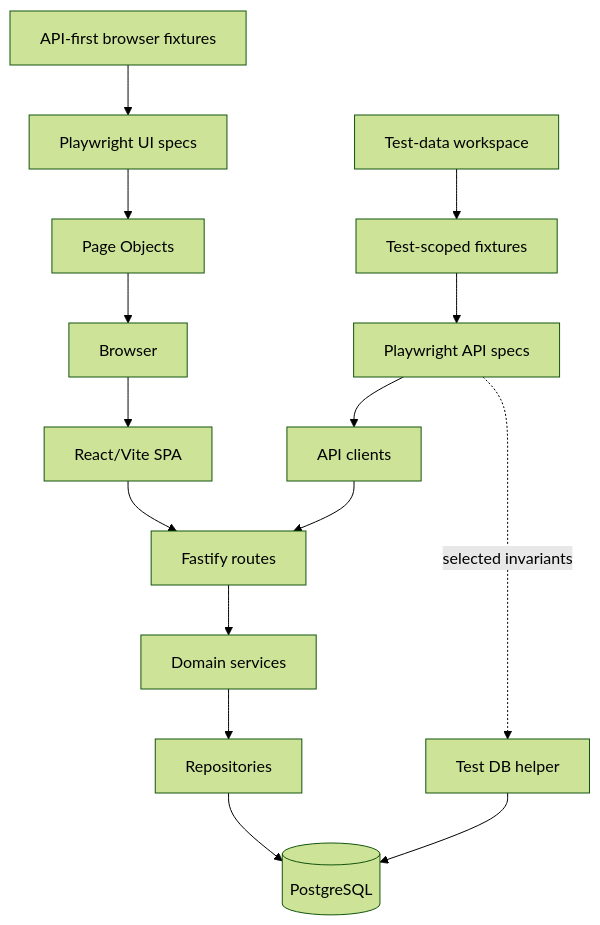
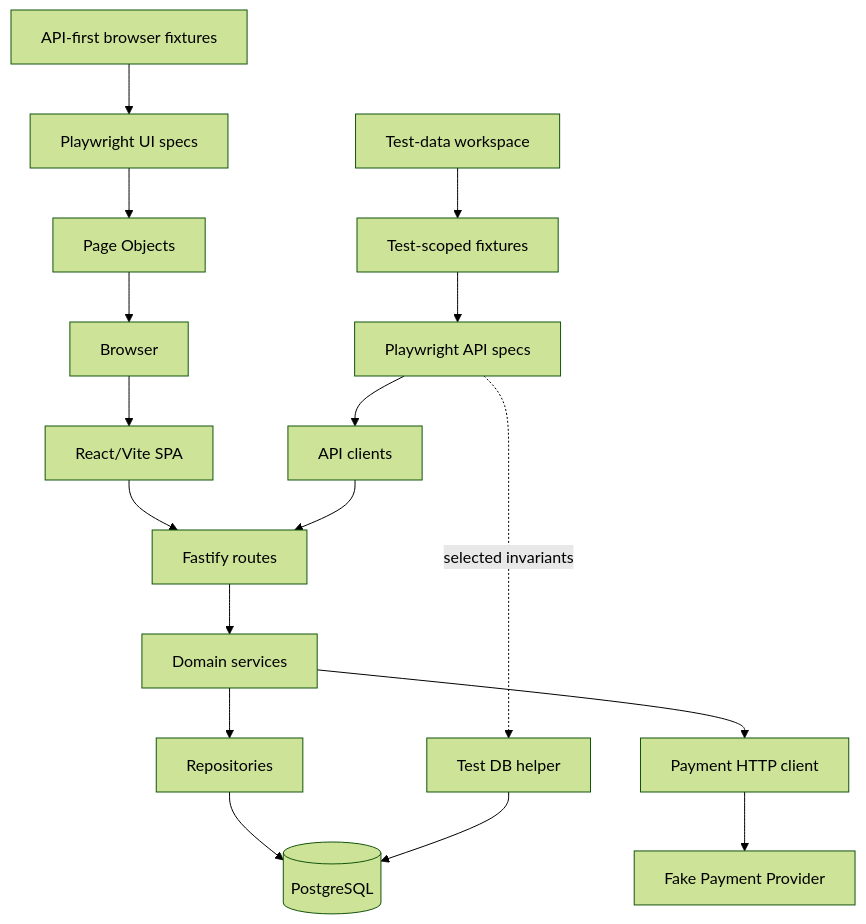
One commit to ldmrtnll-arch/releaseguard-sdet changed the first of 2 diagrams in docs/architecture.md. Above: the diagram before and after it, drawn with Mermaid (forest theme). The commit also changed other lines of this file and 46 other files, not shown here.

Commit message:
feat: add payment provider and integration testing

````diff
--- a/docs/architecture.md
+++ b/docs/architecture.md
@@ -5,17 +5,19 @@
 ```mermaid
 flowchart TD
   Browser[Browser] --> Web[React/Vite SPA]
   Web --> Routes
   Specs[Playwright API specs] --> Clients[API clients]
   Clients --> Routes[Fastify routes]
   Routes --> Services[Domain services]
   Services --> Repositories[Repositories]
+  Services --> PaymentClient[Payment HTTP client]
+  PaymentClient --> Provider[Fake Payment Provider]
   Repositories --> DB[(PostgreSQL)]
   Fixtures[Test-scoped fixtures] --> Specs
   Builders[Test-data workspace] --> Fixtures
   Specs -. selected invariants .-> DBHelper[Test DB helper]
   DBHelper --> DB
   UISpecs[Playwright UI specs] --> PageObjects[Page Objects]
   PageObjects --> Browser
   APIFixtures[API-first browser fixtures] --> UISpecs
 ```
````
